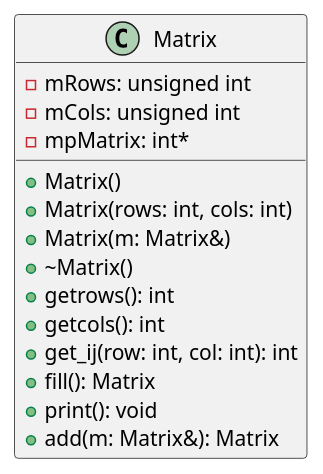
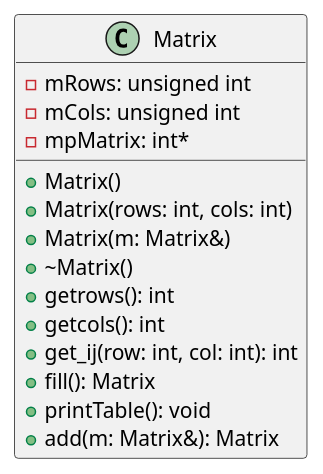
The diagram in lab1/test.wsd (Yakush-A/labs-3sem), drawn with PlantUML before and after one commit. The commit also changed 18 other files, not shown here.

```diff
--- a/lab1/test.wsd
+++ b/lab1/test.wsd
@@ -1,20 +1,20 @@
 @startuml Lab1
 
 class Matrix {
     - mRows: unsigned int
     - mCols: unsigned int
     - mpMatrix: int*
     
     + Matrix()
     + Matrix(rows: int, cols: int)
     + Matrix(m: Matrix&)
     + ~Matrix()
     + getrows(): int
     + getcols(): int
     + get_ij(row: int, col: int): int
     + fill(): Matrix
-    + print(): void
+    + printTable(): void
     + add(m: Matrix&): Matrix
 }
 
 @enduml
```
